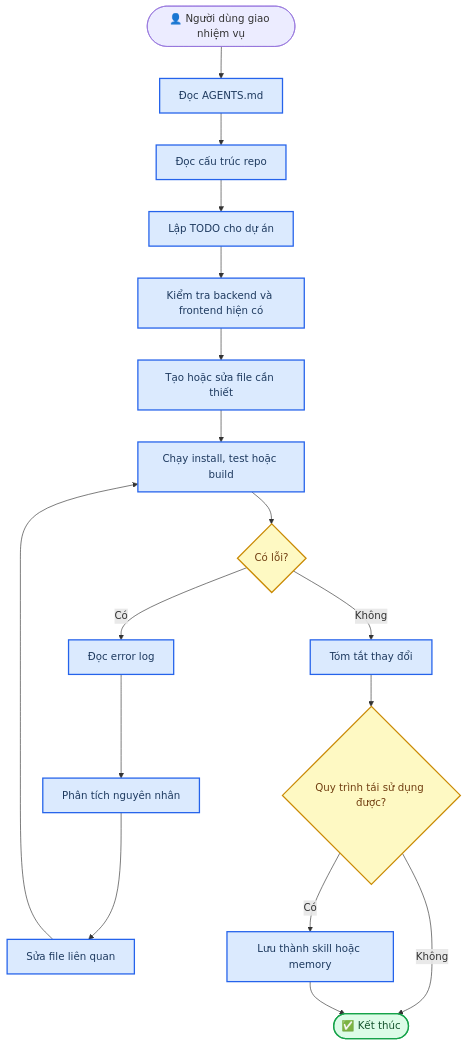
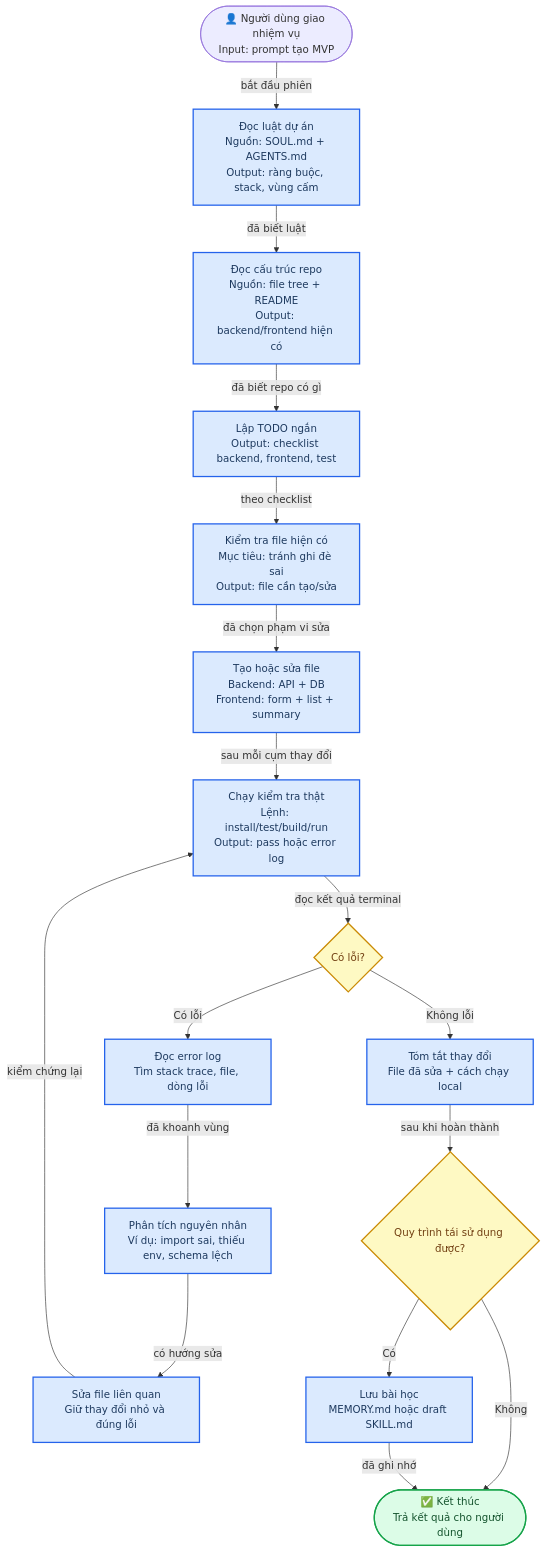
Before and after one commit to lamvu-ha/Hermes_From-theory-to-practice: the eighth of 9 diagrams in README.md, drawn with Mermaid. The commit also changed other lines of this file, not shown here.

Commit message:
Detail MVP workflow diagram

````diff
--- a/README.md
+++ b/README.md
@@ -551,30 +551,30 @@
 ```mermaid
 flowchart TD
     accTitle: Hermes Coding Workflow
     accDescr: Flow showing how Hermes reads project rules, inspects the repo, edits files, runs tests or builds, fixes errors, and saves reusable learning when appropriate
 
-    task([👤 Người dùng giao nhiệm vụ]) --> read_rules[Đọc AGENTS.md]
-    read_rules --> inspect_repo[Đọc cấu trúc repo]
-    inspect_repo --> todo[Lập TODO cho dự án]
-    todo --> inspect_existing[Kiểm tra backend và frontend hiện có]
-    inspect_existing --> edit_files[Tạo hoặc sửa file cần thiết]
-    edit_files --> run_checks[Chạy install, test hoặc build]
-    run_checks --> has_error{Có lỗi?}
-    has_error -->|Có| read_error[Đọc error log]
-    read_error --> diagnose[Phân tích nguyên nhân]
-    diagnose --> patch_file[Sửa file liên quan]
-    patch_file --> run_checks
-    has_error -->|Không| summarize[Tóm tắt thay đổi]
-    summarize --> reusable{Quy trình tái sử dụng được?}
-    reusable -->|Có| save_learning[Lưu thành skill hoặc memory]
-    reusable -->|Không| finish([✅ Kết thúc])
-    save_learning --> finish
+    task([👤 Người dùng giao nhiệm vụ<br/>Input: prompt tạo MVP]) -->|bắt đầu phiên| read_rules[Đọc luật dự án<br/>Nguồn: SOUL.md + AGENTS.md<br/>Output: ràng buộc, stack, vùng cấm]
+    read_rules -->|đã biết luật| inspect_repo[Đọc cấu trúc repo<br/>Nguồn: file tree + README<br/>Output: backend/frontend hiện có]
+    inspect_repo -->|đã biết repo có gì| todo[Lập TODO ngắn<br/>Output: checklist backend, frontend, test]
+    todo -->|theo checklist| inspect_existing[Kiểm tra file hiện có<br/>Mục tiêu: tránh ghi đè sai<br/>Output: file cần tạo/sửa]
+    inspect_existing -->|đã chọn phạm vi sửa| edit_files[Tạo hoặc sửa file<br/>Backend: API + DB<br/>Frontend: form + list + summary]
+    edit_files -->|sau mỗi cụm thay đổi| run_checks[Chạy kiểm tra thật<br/>Lệnh: install/test/build/run<br/>Output: pass hoặc error log]
+    run_checks -->|đọc kết quả terminal| has_error{Có lỗi?}
+    has_error -->|Có lỗi| read_error[Đọc error log<br/>Tìm stack trace, file, dòng lỗi]
+    read_error -->|đã khoanh vùng| diagnose[Phân tích nguyên nhân<br/>Ví dụ: import sai, thiếu env, schema lệch]
+    diagnose -->|có hướng sửa| patch_file[Sửa file liên quan<br/>Giữ thay đổi nhỏ và đúng lỗi]
+    patch_file -->|kiểm chứng lại| run_checks
+    has_error -->|Không lỗi| summarize[Tóm tắt thay đổi<br/>File đã sửa + cách chạy local]
+    summarize -->|sau khi hoàn thành| reusable{Quy trình tái sử dụng được?}
+    reusable -->|Có| save_learning[Lưu bài học<br/>MEMORY.md hoặc draft SKILL.md]
+    reusable -->|Không| finish([✅ Kết thúc<br/>Trả kết quả cho người dùng])
+    save_learning -->|đã ghi nhớ| finish
 
     classDef decision fill:#fef9c3,stroke:#ca8a04,stroke-width:2px,color:#713f12
     classDef process fill:#dbeafe,stroke:#2563eb,stroke-width:2px,color:#1e3a5f
     classDef success fill:#dcfce7,stroke:#16a34a,stroke-width:2px,color:#14532d
 
     class has_error,reusable decision
     class read_rules,inspect_repo,todo,inspect_existing,edit_files,run_checks,read_error,diagnose,patch_file,summarize,save_learning process
     class finish success
 ```
````
